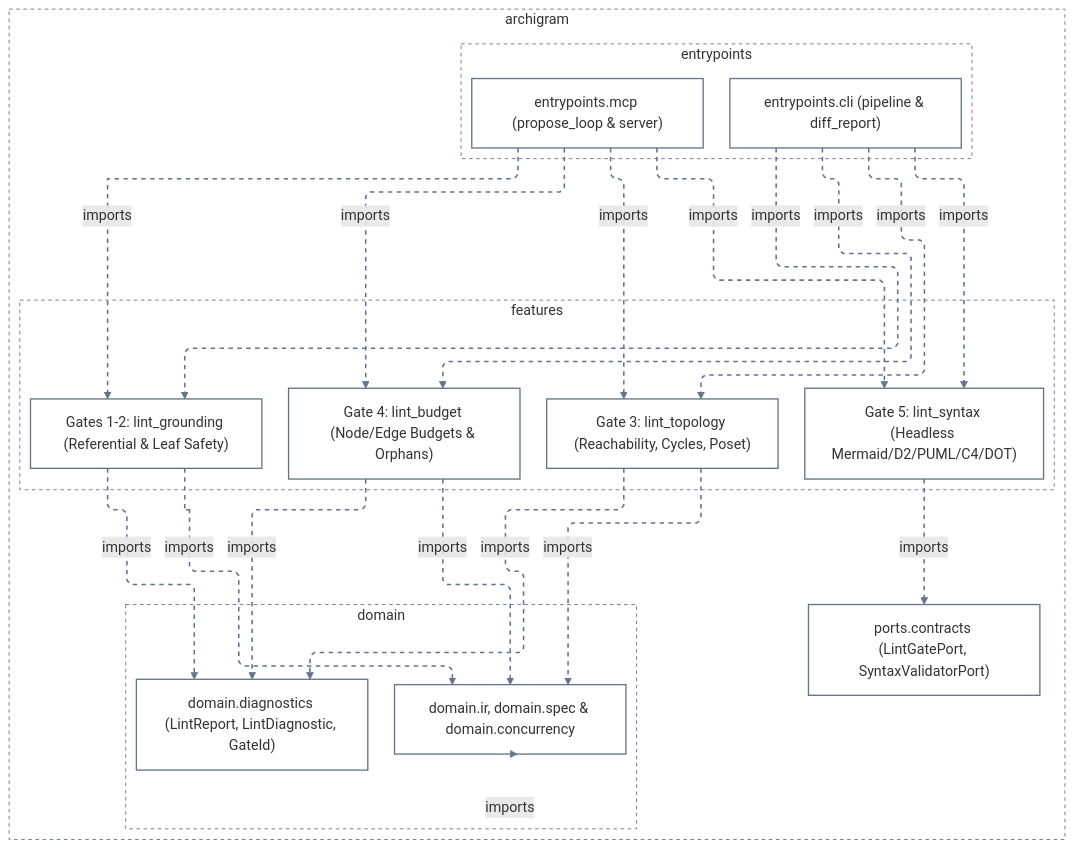
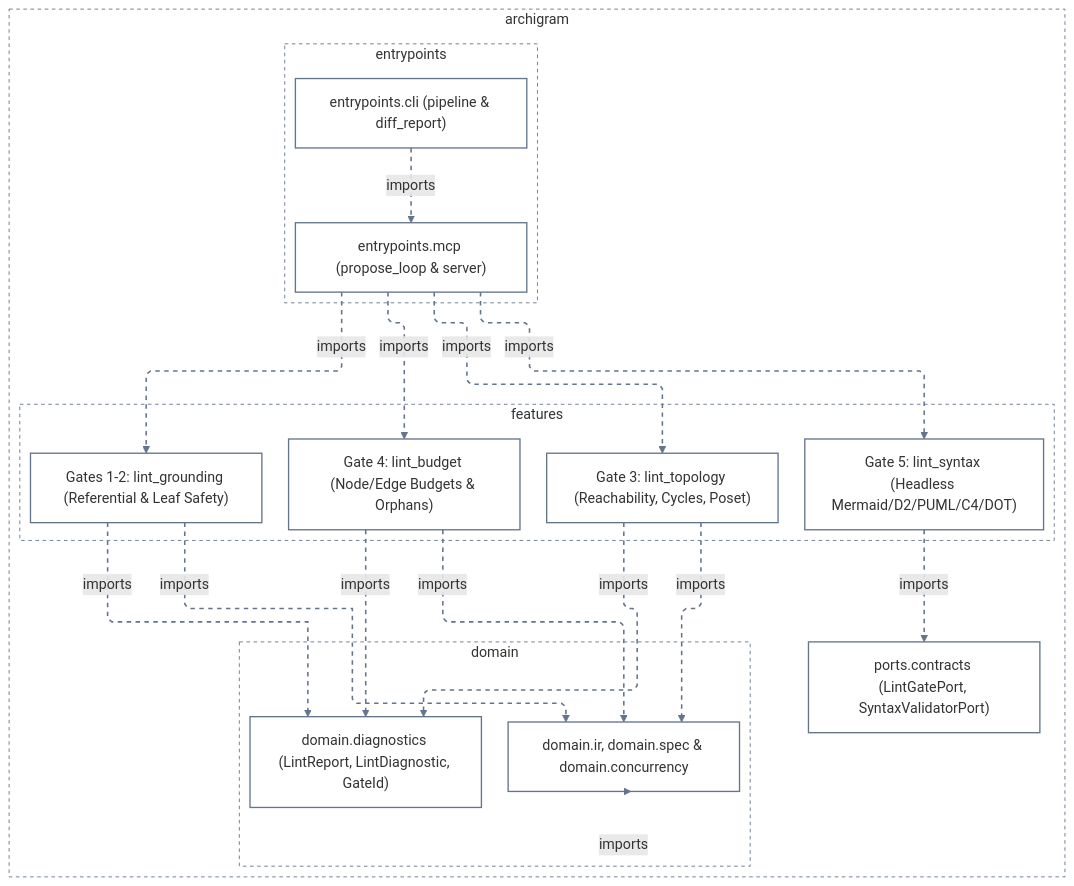
One commit to klcd/archigram changed the third of 5 diagrams in docs/architecture/L2-subsystem-guides.md. Above: the diagram before and after it, drawn with Mermaid. The commit also changed other lines of this file and 58 other files, not shown here.

````diff
--- a/docs/architecture/L2-subsystem-guides.md
+++ b/docs/architecture/L2-subsystem-guides.md
@@ -172,52 +172,49 @@
 ```mermaid
 ---
 config:
   layout: elk
   elk:
     mergeEdges: false
     nodePlacementStrategy: BRANDES_KOEPF
   flowchart:
     defaultRenderer: elk
     curve: linear
 ---
 flowchart TD
   classDef default fill:transparent,stroke:#64748b,stroke-width:1.5px
   subgraph n0["archigram"]
     subgraph n1["domain"]
       n5["domain.diagnostics (LintReport, LintDiagnostic, GateId)"]
       n6["domain.ir, domain.spec & domain.concurrency"]
     end
     subgraph n2["entrypoints"]
       n4["entrypoints.cli (pipeline & diff_report)"]
       n11["entrypoints.mcp (propose_loop & server)"]
     end
     subgraph n3["features"]
       n7["Gates 1-2: lint_grounding (Referential & Leaf Safety)"]
       n8["Gate 3: lint_topology (Reachability, Cycles, Poset)"]
       n9["Gate 4: lint_budget (Node/Edge Budgets & Orphans)"]
       n10["Gate 5: lint_syntax (Headless Mermaid/D2/PUML/C4/DOT)"]
     end
     n12["ports.contracts (LintGatePort, SyntaxValidatorPort)"]
   end
   style n0 fill:transparent,stroke:#64748b,stroke-width:1px,stroke-dasharray:4 4
   style n1 fill:transparent,stroke:#64748b,stroke-width:1px,stroke-dasharray:4 4
   style n2 fill:transparent,stroke:#64748b,stroke-width:1px,stroke-dasharray:4 4
   style n3 fill:transparent,stroke:#64748b,stroke-width:1px,stroke-dasharray:4 4
   n9 -.->|"imports"| n5
   n8 -.->|"imports"| n5
   n7 -.->|"imports"| n5
   n6 -.->|"imports"| n1
   n8 -.->|"imports"| n6
   n7 -.->|"imports"| n6
   n9 -.->|"imports"| n6
   n11 -.->|"imports"| n7
-  n4 -.->|"imports"| n7
-  n4 -.->|"imports"| n8
   n11 -.->|"imports"| n8
-  n4 -.->|"imports"| n9
   n11 -.->|"imports"| n9
   n11 -.->|"imports"| n10
-  n4 -.->|"imports"| n10
+  n4 -.->|"imports"| n11
   n10 -.->|"imports"| n12
-  linkStyle 0,1,2,3,4,5,6,7,8,9,10,11,12,13,14,15 stroke:#64748b,stroke-width:1.75px,stroke-dasharray:5 5
+  linkStyle 0,1,2,3,4,5,6,7,8,9,10,11,12 stroke:#64748b,stroke-width:1.75px,stroke-dasharray:5 5
 ```
````
